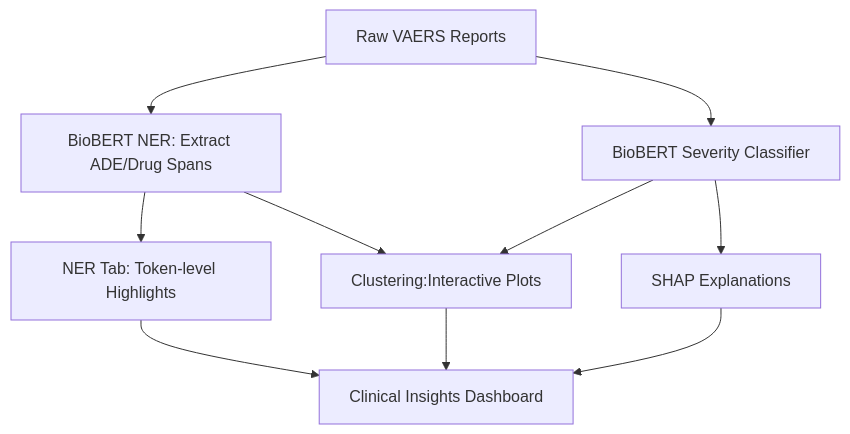
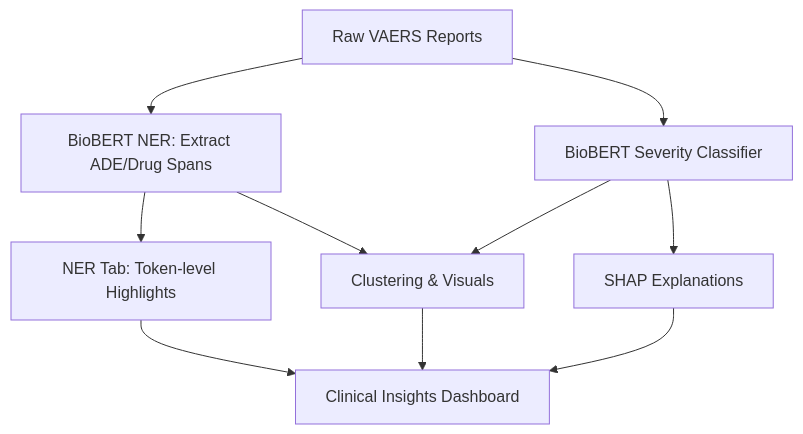
Before and after one commit to Sugiuma/ADEGuard: the diagram in README.md, drawn with Mermaid. The commit also changed other lines of this file, not shown here.

````diff
--- a/README.md
+++ b/README.md
@@ -61,24 +61,17 @@
 ```mermaid
 flowchart TD
 
 A[Raw VAERS Reports] --> B[BioBERT NER: Extract ADE/Drug Spans]
+A --> G[BioBERT Severity Classifier]
+G --> J[SHAP Explanations]
 
 %% NER Tab
 B --> C[NER Tab: Token-level Highlights]
-
-%% Clustering Tab
-B --> D[Clustering:Interactive Plots]
-
-
-%% Severity Tab
-A --> G[BioBERT Severity Classifier]
+B --> D[Clustering & Visuals]
 G --> D
-
-%% Explainability Tab
-G --> J[SHAP Explanations]
 
 %% Streamlit Dashboard Integration
 C --> L[Clinical Insights Dashboard]
 D --> L
 J --> L
 ```
````
